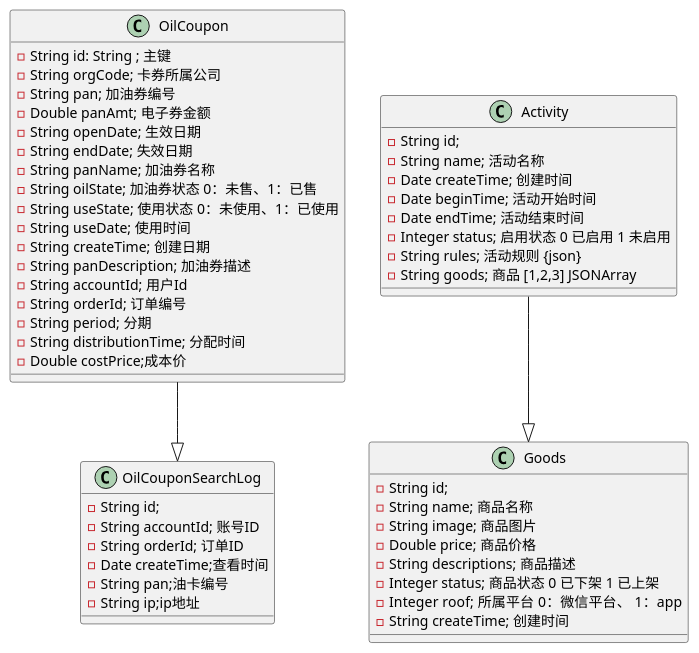
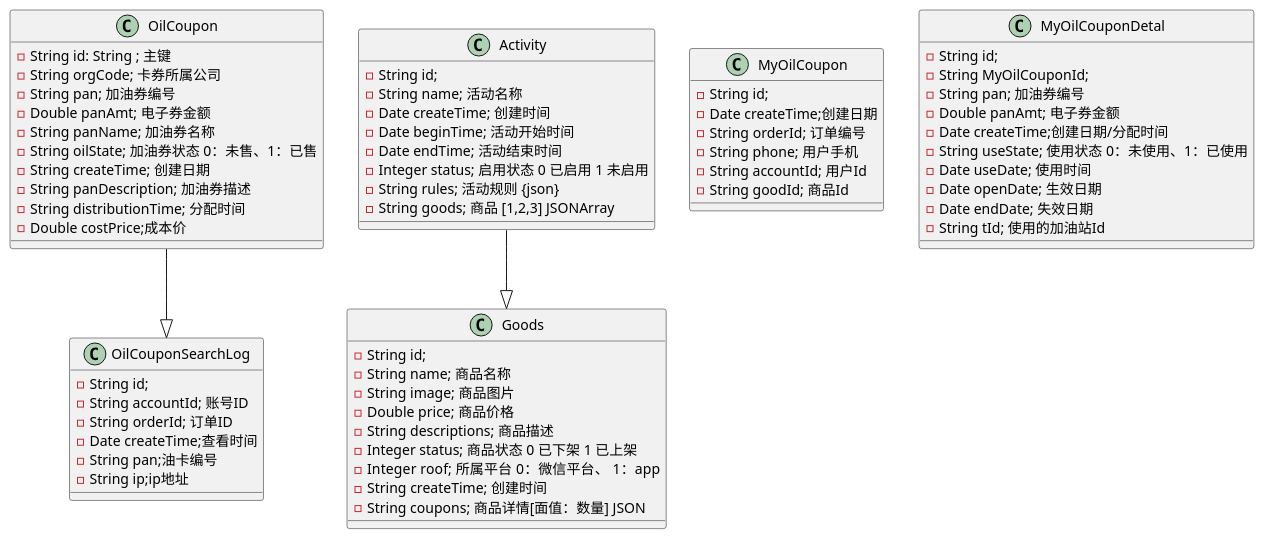
The diagram in doc/shop.puml (zhongliudizhu/api-platform), drawn with PlantUML before and after one commit. The commit also changed 2 other files, not shown here.

```diff
--- a/doc/shop.puml
+++ b/doc/shop.puml
@@ -1,57 +1,71 @@
 @startuml
 
 class OilCoupon{
    - String id: String ; 主键
    - String orgCode; 卡券所属公司
    - String pan; 加油券编号
    - Double panAmt; 电子券金额
-   - String openDate; 生效日期
-   - String endDate; 失效日期
    - String panName; 加油券名称
    - String oilState; 加油券状态 0：未售、1：已售
-   - String useState; 使用状态 0：未使用、1：已使用
-   - String useDate; 使用时间
    - String createTime; 创建日期
    - String panDescription; 加油券描述
-   - String accountId; 用户Id
-   - String orderId; 订单编号
-   - String period; 分期
    - String distributionTime; 分配时间
    - Double costPrice;成本价
 }
 
 class OilCouponSearchLog {
    - String id;
    - String accountId; 账号ID
    - String orderId; 订单ID
    - Date createTime;查看时间
    - String pan;油卡编号
    - String ip;ip地址
 }
 class Goods {
    - String id;
    - String name; 商品名称
    - String image; 商品图片
    - Double price; 商品价格
    - String descriptions; 商品描述
    - Integer status; 商品状态 0 已下架 1 已上架
    - Integer roof; 所属平台  0：微信平台、 1：app
    - String createTime; 创建时间
-
+   - String coupons; 商品详情[面值：数量] JSON
 }
 
 class Activity {
    - String id;
    - String name; 活动名称
    - Date createTime; 创建时间
    - Date beginTime; 活动开始时间
    - Date endTime; 活动结束时间
    - Integer status; 启用状态 0 已启用 1 未启用
    - String rules; 活动规则 {json}
    - String goods; 商品 [1,2,3] JSONArray
 }
+class MyOilCoupon {
+   - String id;
+   - Date createTime;创建日期
+   - String orderId; 订单编号
+   - String phone; 用户手机
+   - String accountId; 用户Id
+   - String goodId; 商品Id
+}
+class MyOilCouponDetal {
+   - String id;
+   - String MyOilCouponId;
+   - String pan; 加油券编号
+   - Double panAmt; 电子券金额
+   - Date createTime;创建日期/分配时间
+   - String useState; 使用状态 0：未使用、1：已使用
+   - Date useDate; 使用时间
+   - Date openDate; 生效日期
+   - Date endDate; 失效日期
+   - String tId; 使用的加油站Id
+}
+
 
 Activity  --|>Goods
 OilCoupon --|>OilCouponSearchLog
 
 @enduml
```
